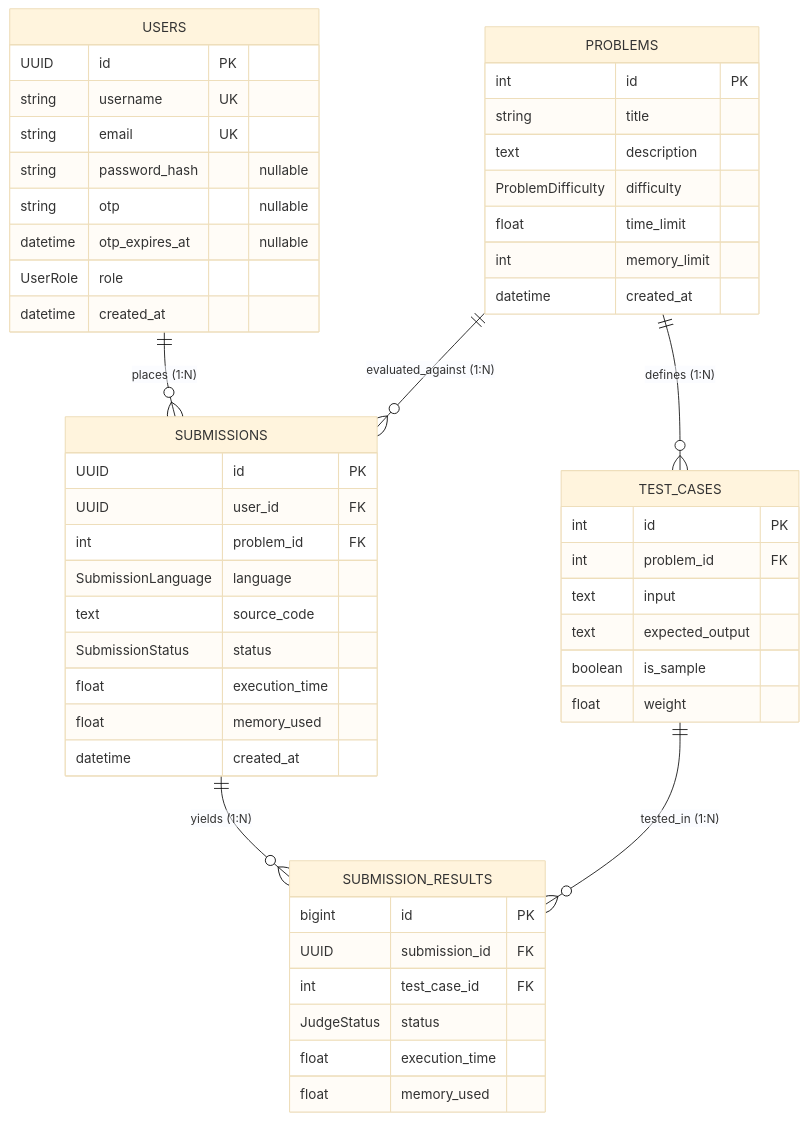
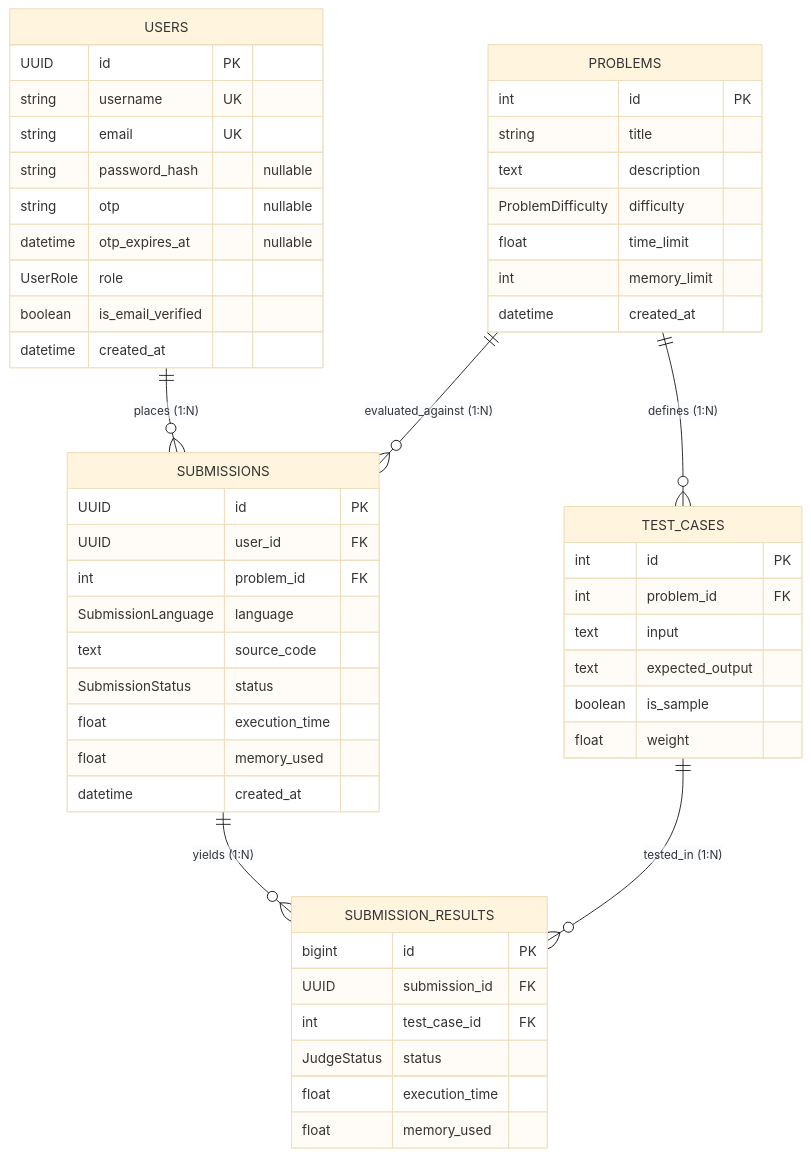
One commit to Abhishekkrsingh2023/Code-Execution-Engine changed the diagram in README.md. Above: the diagram before and after it, drawn with Mermaid (base theme). The commit also changed other lines of this file and 5 other files, not shown here.

````diff
--- a/README.md
+++ b/README.md
@@ -117,59 +117,60 @@
 ```mermaid
 erDiagram
     USERS ||--o{ SUBMISSIONS : "places (1:N)"
     PROBLEMS ||--o{ TEST_CASES : "defines (1:N)"
     PROBLEMS ||--o{ SUBMISSIONS : "evaluated_against (1:N)"
     SUBMISSIONS ||--o{ SUBMISSION_RESULTS : "yields (1:N)"
     TEST_CASES ||--o{ SUBMISSION_RESULTS : "tested_in (1:N)"
 
     USERS {
         UUID id PK
         string username UK
         string email UK
         string password_hash "nullable"
         string otp "nullable"
         datetime otp_expires_at "nullable"
         UserRole role
+        boolean is_email_verified
         datetime created_at
     }
 
     PROBLEMS {
         int id PK
         string title
         text description
         ProblemDifficulty difficulty
         float time_limit
         int memory_limit
         datetime created_at
     }
 
     TEST_CASES {
         int id PK
         int problem_id FK
         text input
         text expected_output
         boolean is_sample
         float weight
     }
 
     SUBMISSIONS {
         UUID id PK
         UUID user_id FK
         int problem_id FK
         SubmissionLanguage language
         text source_code
         SubmissionStatus status
         float execution_time
         float memory_used
         datetime created_at
     }
 
     SUBMISSION_RESULTS {
         bigint id PK
         UUID submission_id FK
         int test_case_id FK
         JudgeStatus status
         float execution_time
         float memory_used
     }
 ```
````
